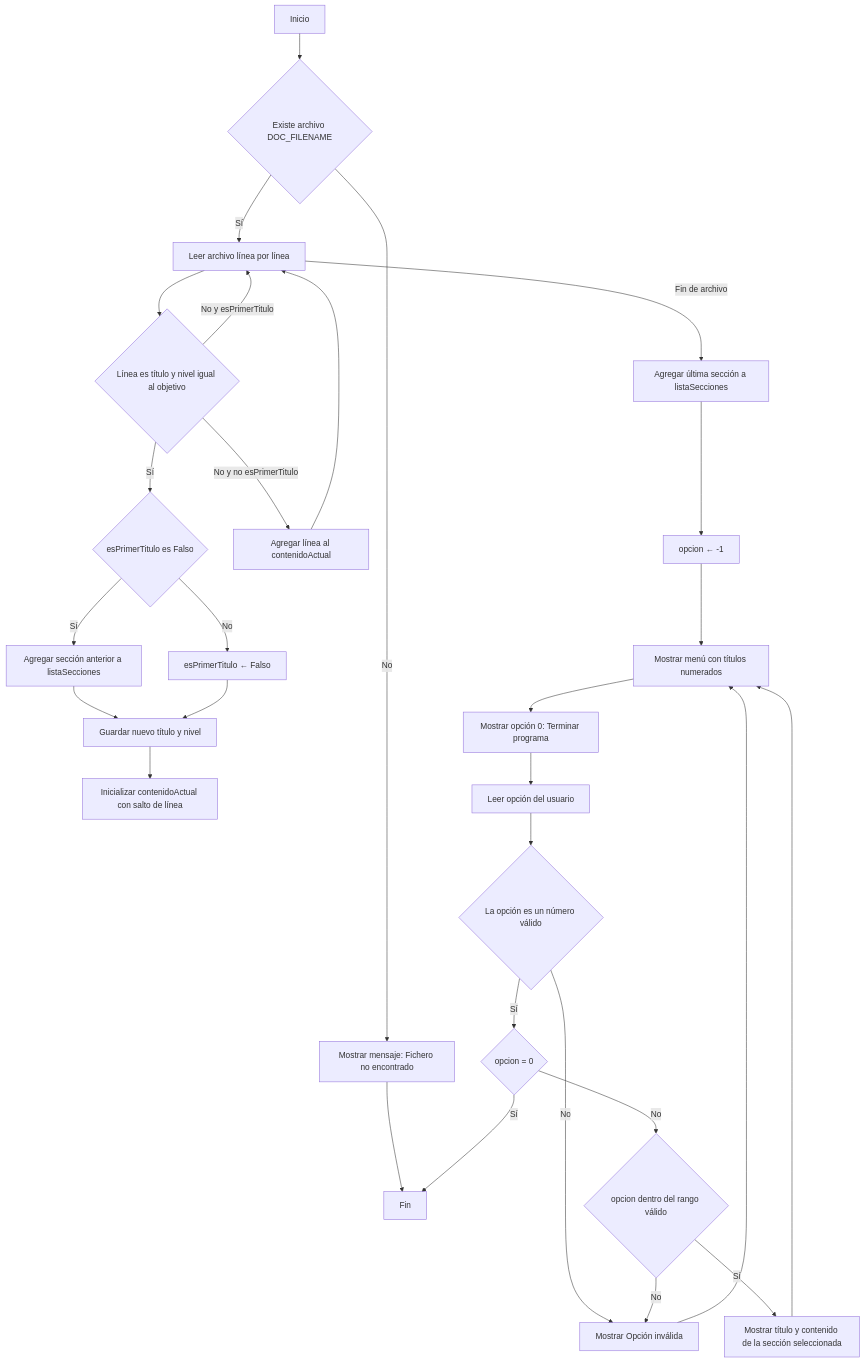
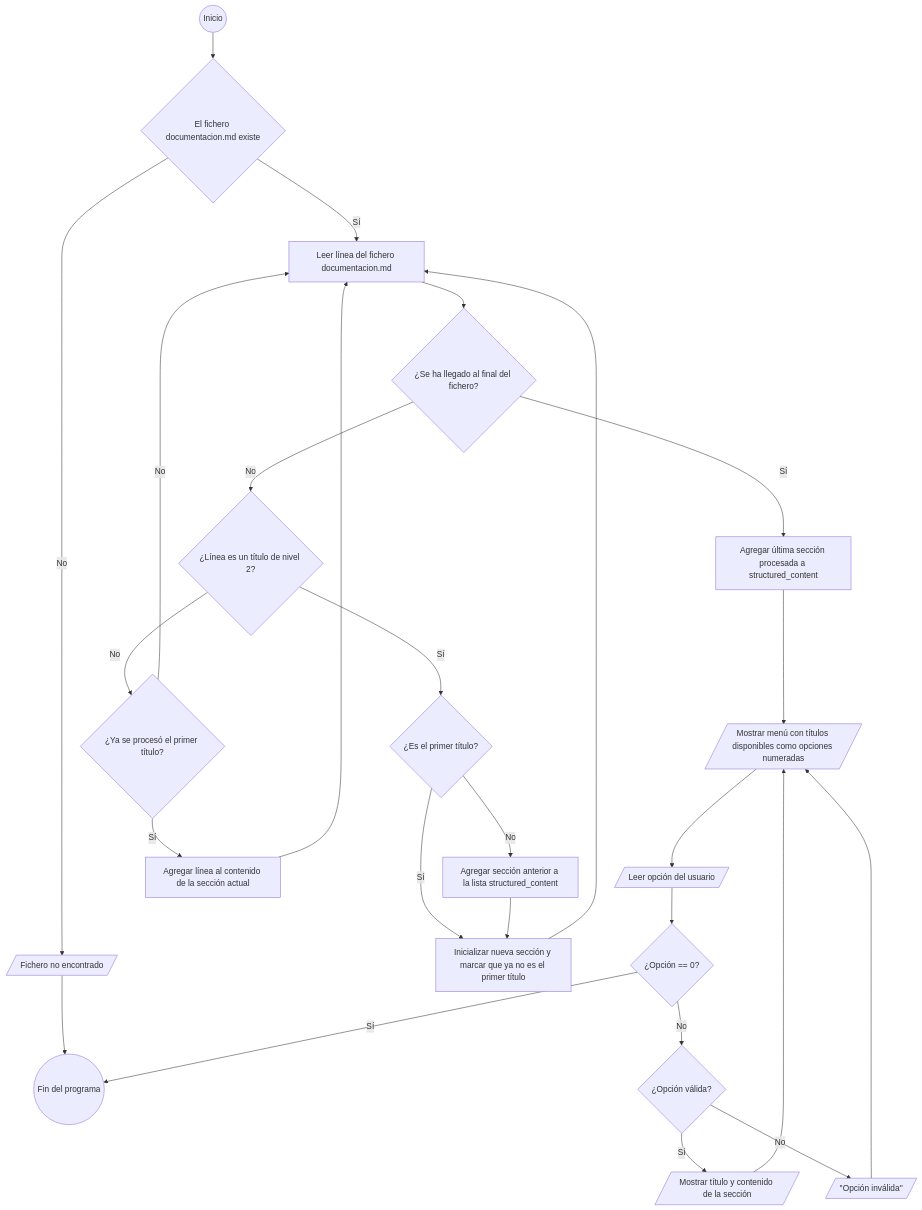
One commit to sjlvanq/guayerd-fundamentosia changed the diagram in entregable/programa.diagrama.md. Above: the diagram before and after it, drawn with Mermaid.

Commit message:
Reescribir programa.diagrama.md

````diff
--- a/entregable/programa.diagrama.md
+++ b/entregable/programa.diagrama.md
@@ -1,44 +1,39 @@
 ```mermaid
 flowchart TD
 
-%% --- INICIO y BLOQUE DE LECTURA DE ARCHIVO ---
-A[Inicio] --> F{Existe archivo DOC_FILENAME}
-F -->|No| G[Mostrar mensaje: Fichero no encontrado]
-G --> H[Fin del programa]
-F -->|Sí| I[Leer archivo línea por línea]
+%% --- INICIO Y BLOQUE DE LECTURA DE ARCHIVO ---
+INI((Inicio)) --> EXISTEARCHIVO{El fichero documentacion.md existe}
+EXISTEARCHIVO -->|No| SALIDA1[/"Fichero no encontrado"/]
+SALIDA1 --> FIN((Fin del programa))
+EXISTEARCHIVO -->|Sí| LECTURAARCHIVO[Leer línea del fichero documentacion.md]
 
-I --> J{Línea es título y nivel igual al objetivo}
+LECTURAARCHIVO --> ULTIMALINEA{¿Se ha llegado al final del fichero?}
+ULTIMALINEA -->|No| LINEAESTITULO{¿Línea es un título de nivel 2?}
 
-J -->|Sí| K{esPrimerTitulo es Falso}
-K -->|Sí| L[Agregar sección anterior a listaSecciones]
-K -->|No| M[esPrimerTitulo ← Falso]
-L --> N[Guardar nuevo título y nivel]
+LINEAESTITULO -->|Sí| PRIMERTITULO{¿Es el primer título?}
+PRIMERTITULO -->|Sí| INITSECCION[Inicializar nueva sección y marcar que ya no es el primer título]
+PRIMERTITULO -->|No| AGREGAANTERIOR[Agregar sección anterior a la lista structured_content]
+AGREGAANTERIOR --> INITSECCION
+INITSECCION --> LECTURAARCHIVO
 
-M --> N
-N --> O[Inicializar contenidoActual con salto de línea]
-J -->|No y no esPrimerTitulo| P[Agregar línea al contenidoActual]
-J -->|No y esPrimerTitulo| I
-P --> I
-I -->|Fin de archivo| Q[Agregar última sección a listaSecciones]
+LINEAESTITULO -->|No| CONTENIDOSECCION{¿Ya se procesó el primer título?}
+CONTENIDOSECCION -->|Sí| ACUMULACONTENIDO[Agregar línea al contenido de la sección actual]
+ACUMULACONTENIDO --> LECTURAARCHIVO
+CONTENIDOSECCION -->|No| LECTURAARCHIVO
 
-%% --- MENÚ PRINCIPAL ---
-Q --> R[opcion ← -1]
-R --> S[Mostrar menú con títulos numerados]
-S --> T[Mostrar opción 0: Terminar programa]
-T --> U[Leer opción del usuario]
+ULTIMALINEA -->|Sí| AGREGAFINAL[Agregar última sección procesada a structured_content]
 
-%% --- SELECCIÓN DE OPCIÓN ---
-U --> V{La opción es un número válido}
-V -->|No| W[Mostrar Opción inválida]
-W --> S
-V -->|Sí| X{opcion = 0}
-X -->|Sí| H
-X -->|No| Y{opcion dentro del rango válido}
-Y -->|No| W
-Y -->|Sí| Z[Mostrar título y contenido de la sección seleccionada]
-Z --> S
+AGREGAFINAL --> MOSTRARMENU[/Mostrar menú con títulos disponibles como opciones numeradas/]
 
-%% --- FIN ---
-H[Fin]
+%% --- BLOQUE DE MENÚ ---
+MOSTRARMENU --> INPUTOPCION[/Leer opción del usuario/]
+INPUTOPCION --> OPCIONCERO{¿Opción == 0?}
+OPCIONCERO -->|Sí| FIN
+OPCIONCERO -->|No| OPCIONVALIDA{¿Opción válida?}
+OPCIONVALIDA -->|Sí| MOSTRARSECCION[/Mostrar título y contenido de la sección/]
+MOSTRARSECCION --> MOSTRARMENU
+OPCIONVALIDA -->|No| MSGINVALIDA[/''Opción inválida''/]
+MSGINVALIDA --> MOSTRARMENU
+
 
 ```
````
